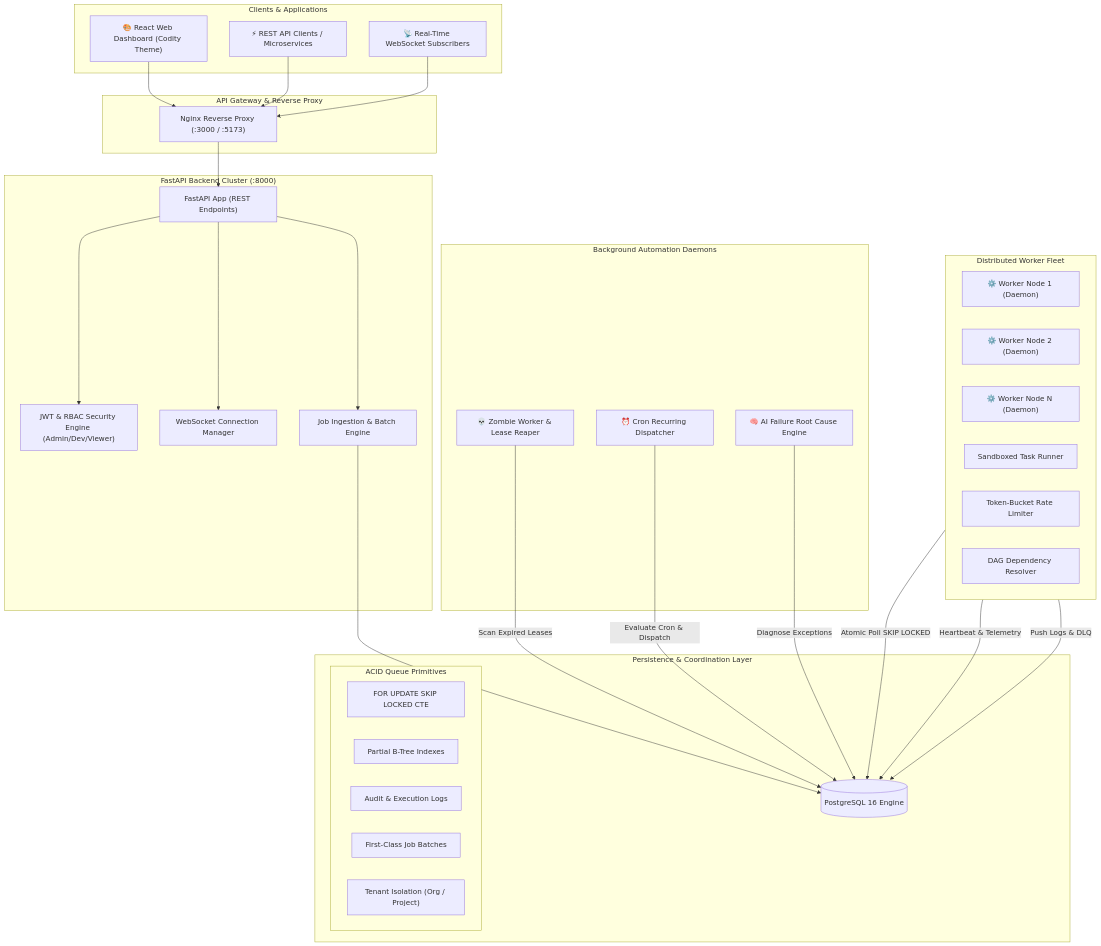
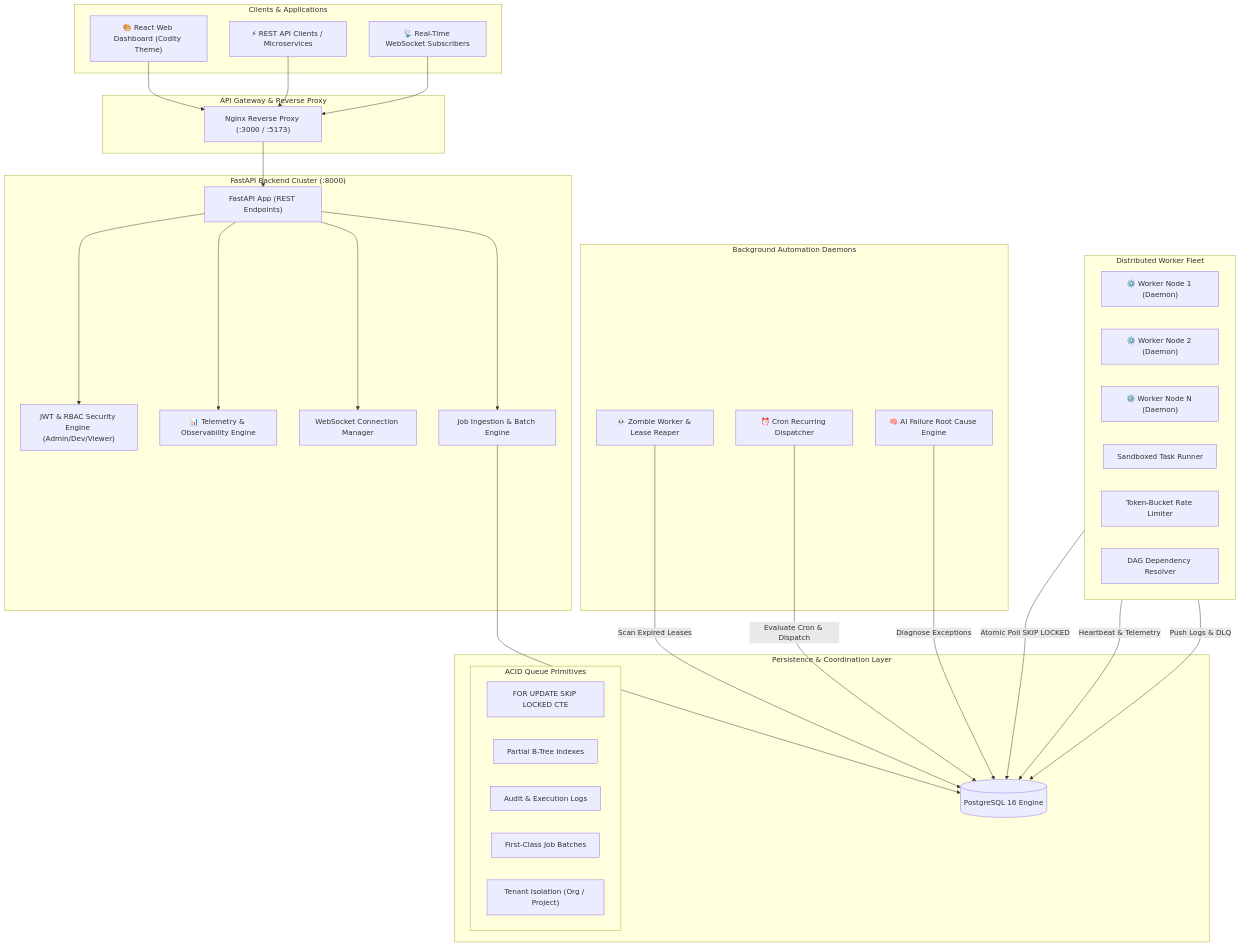
The diagram in README.md (rohitmore2020/Job_schedular), drawn with Mermaid before and after one commit. The commit also changed other lines of this file and 20 other files, not shown here.

Commit message:
Implement comprehensive full-stack observability engine (system KPIs, queue saturation & wait times, worker liveness & heartbeat age, per-job latency breakdown)

````diff
--- a/README.md
+++ b/README.md
@@ -35,63 +35,65 @@
 ```mermaid
 flowchart TB
     subgraph Clients["Clients & Applications"]
         Browser["🎨 React Web Dashboard (Codity Theme)"]
         HTTPClient["⚡ REST API Clients / Microservices"]
         WSClient["📡 Real-Time WebSocket Subscribers"]
     end
 
     subgraph Gateway["API Gateway & Reverse Proxy"]
         Nginx["Nginx Reverse Proxy (:3000 / :5173)"]
     end
 
     subgraph BackendCluster["FastAPI Backend Cluster (:8000)"]
         API["FastAPI App (REST Endpoints)"]
         AuthModule["JWT & RBAC Security Engine (Admin/Dev/Viewer)"]
+        TelemetryService["📊 Telemetry & Observability Engine"]
         WSManager["WebSocket Connection Manager"]
         JobIngest["Job Ingestion & Batch Engine"]
     end
 
     subgraph Storage["Persistence & Coordination Layer"]
         Postgres[(PostgreSQL 16 Engine)]
         subgraph PGFeatures["ACID Queue Primitives"]
             SkipLocked["FOR UPDATE SKIP LOCKED CTE"]
             PartialIdx["Partial B-Tree Indexes"]
             AuditLogs["Audit & Execution Logs"]
             Batches["First-Class Job Batches"]
             MultiTenancy["Tenant Isolation (Org / Project)"]
         end
     end
 
     subgraph WorkerFleet["Distributed Worker Fleet"]
         Worker1["⚙️ Worker Node 1 (Daemon)"]
         Worker2["⚙️ Worker Node 2 (Daemon)"]
         WorkerN["⚙️ Worker Node N (Daemon)"]
         Runner["Sandboxed Task Runner"]
         RateLimiter["Token-Bucket Rate Limiter"]
         DAGEngine["DAG Dependency Resolver"]
     end
 
     subgraph SchedulerDaemons["Background Automation Daemons"]
         Reaper["💀 Zombie Worker & Lease Reaper"]
         CronDispatcher["⏰ Cron Recurring Dispatcher"]
         AIDiagnostics["🧠 AI Failure Root Cause Engine"]
     end
 
     Browser --> Nginx
     HTTPClient --> Nginx
     WSClient --> Nginx
     Nginx --> API
 
     API --> AuthModule
+    API --> TelemetryService
     API --> WSManager
     API --> JobIngest
     JobIngest --> Postgres
 
     WorkerFleet -->|Atomic Poll SKIP LOCKED| Postgres
     WorkerFleet -->|Heartbeat & Telemetry| Postgres
     WorkerFleet -->|Push Logs & DLQ| Postgres
 
     Reaper -->|Scan Expired Leases| Postgres
     CronDispatcher -->|Evaluate Cron & Dispatch| Postgres
     AIDiagnostics -->|Diagnose Exceptions| Postgres
 ```
````
